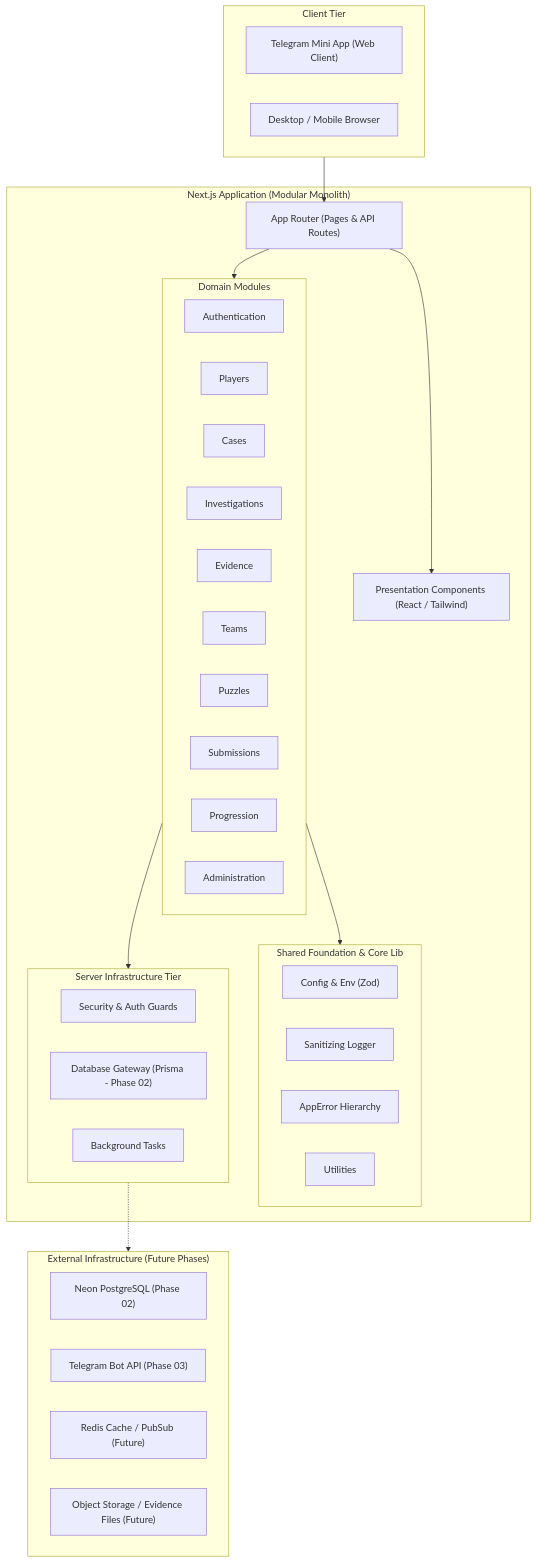
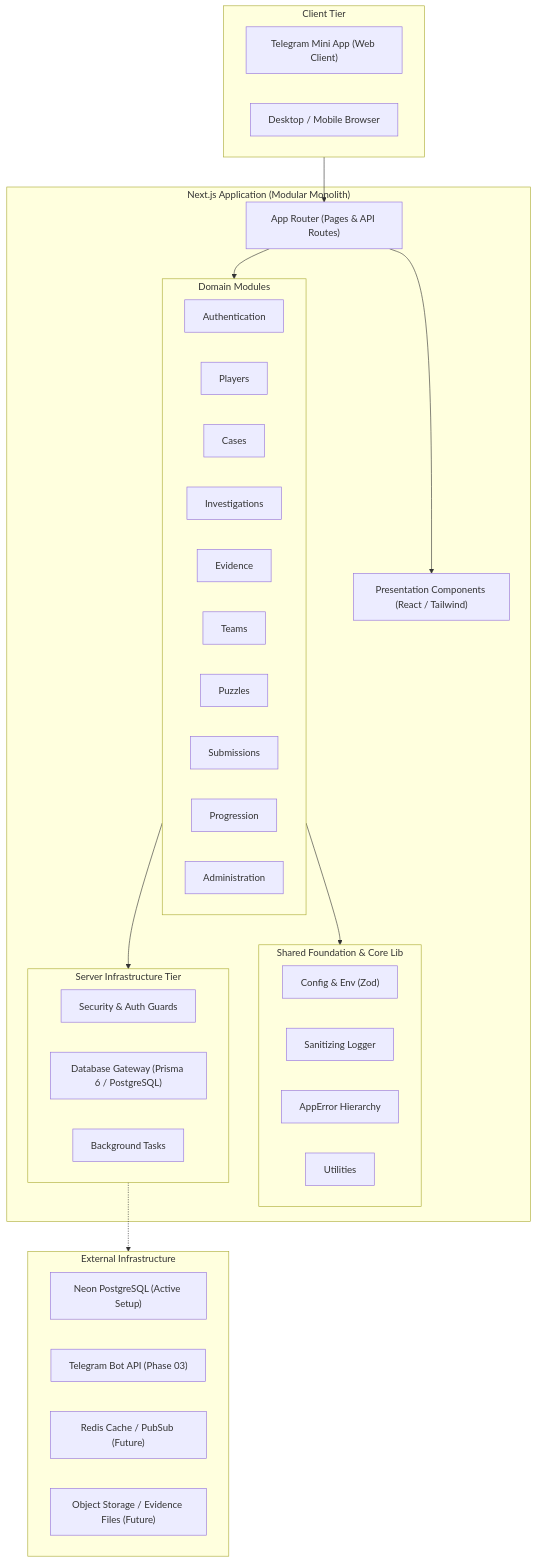
Before and after one commit to semre36/mystery-network: the diagram in docs/ARCHITECTURE.md, drawn with Mermaid. The commit also changed other lines of this file and 13 other files, not shown here.

Commit message:
feat(phase-02): implement database architecture and prisma models

````diff
--- a/docs/ARCHITECTURE.md
+++ b/docs/ARCHITECTURE.md
@@ -17,52 +17,52 @@
 ```mermaid
 flowchart TD
     subgraph Client["Client Tier"]
         TMA["Telegram Mini App (Web Client)"]
         WEB["Desktop / Mobile Browser"]
     end
 
     subgraph App["Next.js Application (Modular Monolith)"]
         UI["Presentation Components (React / Tailwind)"]
         ROUTING["App Router (Pages & API Routes)"]
 
         subgraph Modules["Domain Modules"]
             AUTH["Authentication"]
             PLAYERS["Players"]
             CASES["Cases"]
             INVEST["Investigations"]
             EVID["Evidence"]
             TEAMS["Teams"]
             PUZZLES["Puzzles"]
             SUBMIT["Submissions"]
             PROG["Progression"]
             ADMIN["Administration"]
         end
 
         subgraph CoreLib["Shared Foundation & Core Lib"]
             CONFIG["Config & Env (Zod)"]
             LOGGER["Sanitizing Logger"]
             ERRORS["AppError Hierarchy"]
             UTILS["Utilities"]
         end
 
         subgraph ServerInfra["Server Infrastructure Tier"]
             SEC["Security & Auth Guards"]
-            DB_ACCESS["Database Gateway (Prisma - Phase 02)"]
+            DB_ACCESS["Database Gateway (Prisma 6 / PostgreSQL)"]
             JOB_QUEUE["Background Tasks"]
         end
     end
 
-    subgraph External["External Infrastructure (Future Phases)"]
-        NEON["Neon PostgreSQL (Phase 02)"]
+    subgraph External["External Infrastructure"]
+        NEON["Neon PostgreSQL (Active Setup)"]
         TG_API["Telegram Bot API (Phase 03)"]
         REDIS["Redis Cache / PubSub (Future)"]
         S3["Object Storage / Evidence Files (Future)"]
     end
 
     Client --> ROUTING
     ROUTING --> UI
     ROUTING --> Modules
     Modules --> CoreLib
     Modules --> ServerInfra
     ServerInfra -.-> External
 ```
````
